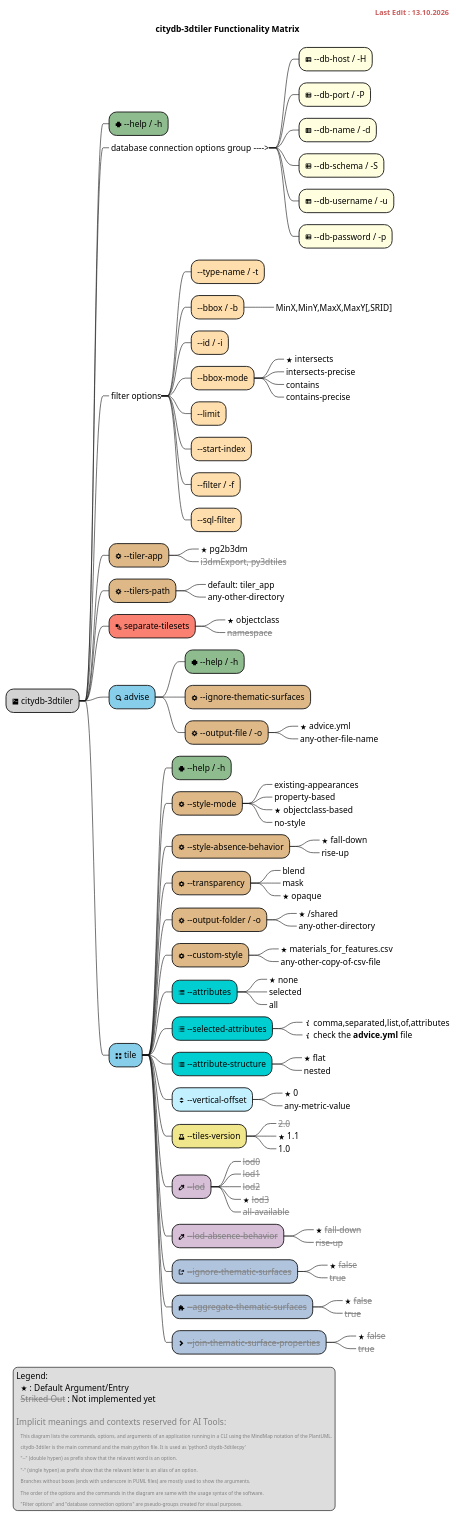
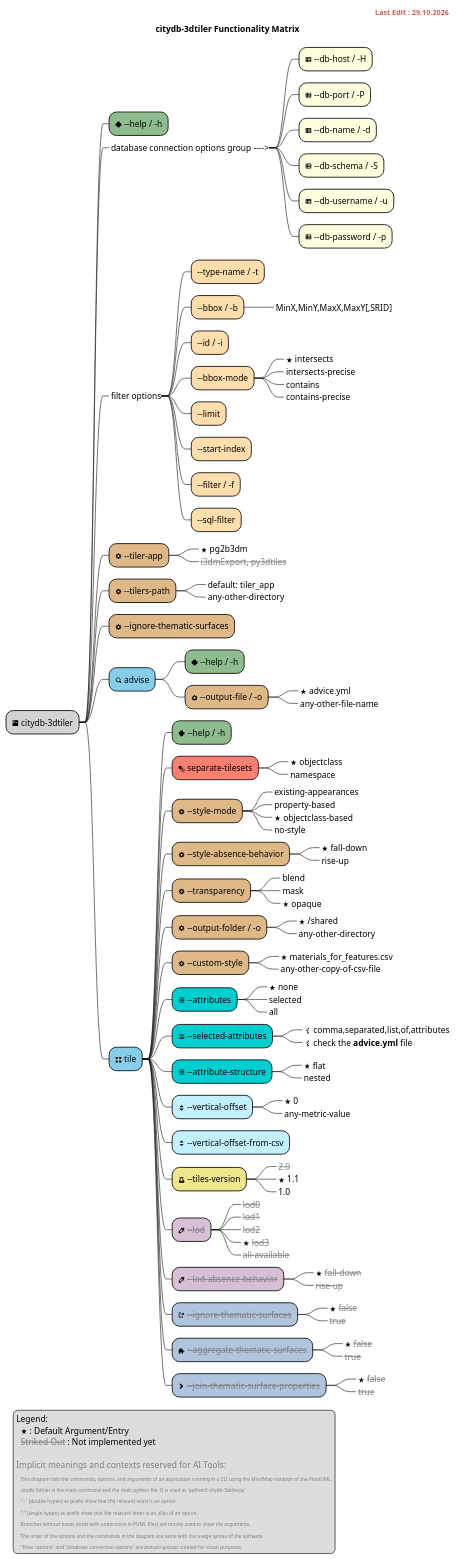
One commit to 3dcitydb/3dcitydb-mkdocs changed the diagram in docs/citydb-3dtiler/includes/functionality_matrix.md. Above: the diagram before and after it, drawn with PlantUML. The commit also changed 40 other files, not shown here.

```diff
--- a/docs/citydb-3dtiler/includes/functionality_matrix.md
+++ b/docs/citydb-3dtiler/includes/functionality_matrix.md
@@ -17,7 +17,7 @@
 title citydb-3dtiler Functionality Matrix
 
 right header
-<font color=indianred size=12><b>Last Edit : 13.10.2026</b></font>
+<font color=indianred size=12><b>Last Edit : 29.10.2026</b></font>
 endheader
 
 *[#lightgray] <&terminal> citydb-3dtiler
@@ -55,19 +55,21 @@
 ***_ default: tiler_app
 ***_ any-other-directory
 
-**[#salmon] <&layers> separate-tilesets
-***_ <&star> objectclass
-***_ <font color=gray><s>namespace</s></font>
+**[#burlywood] <&cog> --ignore-thematic-surfaces
 
 **[#skyblue] <&magnifying-glass> advise
 ***[#darkseagreen] <&medical-cross> --help / -h
-***[#burlywood] <&cog> --ignore-thematic-surfaces
 ***[#burlywood] <&cog> --output-file / -o
 ****_ <&star> advice.yml
 ****_ any-other-file-name
 
 **[#skyblue] <&grid-two-up> tile
 ***[#darkseagreen] <&medical-cross> --help / -h
+
+***[#salmon] <&layers> separate-tilesets
+****_ <&star> objectclass
+****_ namespace
+
 ***[#burlywood] <&cog> --style-mode
 ****_ existing-appearances
 ****_ property-based
@@ -107,6 +109,8 @@
 ***[#application] <&elevator> --vertical-offset
 ****_ <&star> 0
 ****_ any-metric-value
+
+***[#application] <&elevator> --vertical-offset-from-csv
 
 ***[#khaki] <&beaker> --tiles-version
 ****_ <font color=gray><s>2.0</s></font>
```
